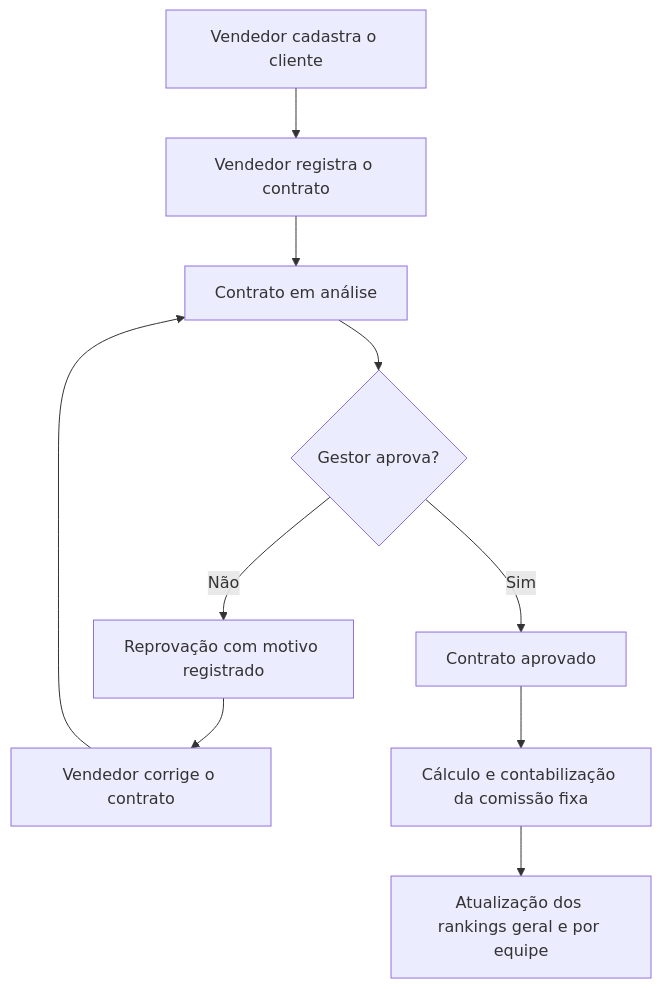
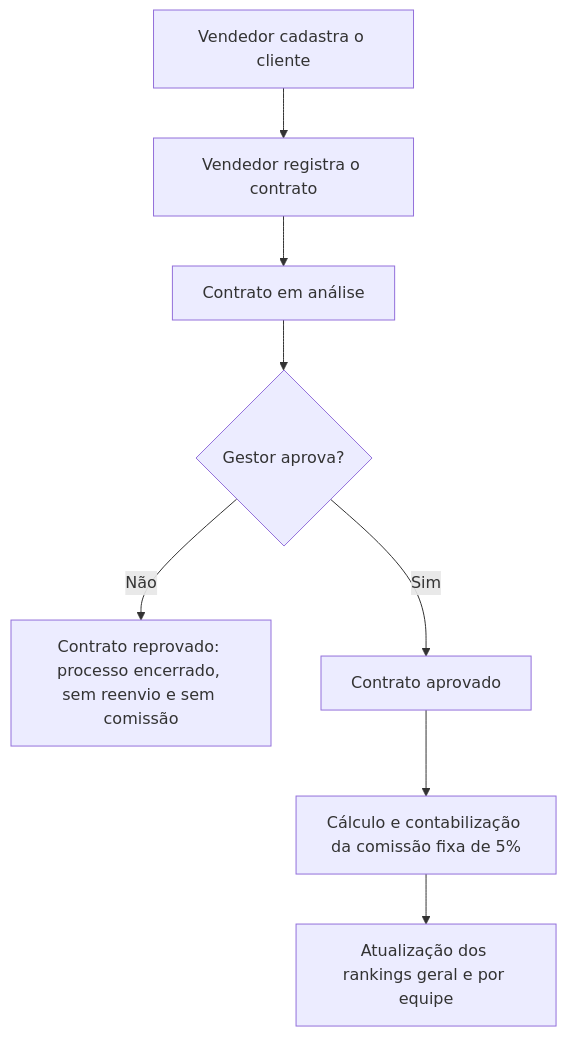
The diagram in README.md (KauanRodolfo/Pim-2-ADS), drawn with Mermaid before and after one commit. The commit also changed other lines of this file, not shown here.

Commit message:
Reformulei o README com detalhes sobre comissões e rankingss

````diff
--- a/README.md
+++ b/README.md
@@ -55,12 +55,10 @@
 ```mermaid
 flowchart TD
     A["Vendedor cadastra o cliente"] --> B["Vendedor registra o contrato"]
     B --> C["Contrato em análise"]
     C --> D{"Gestor aprova?"}
-    D -- "Não" --> E["Reprovação com motivo registrado"]
-    E --> F["Vendedor corrige o contrato"]
-    F --> C
+    D -- "Não" --> E["Contrato reprovado: processo encerrado, sem reenvio e sem comissão"]
     D -- "Sim" --> G["Contrato aprovado"]
-    G --> H["Cálculo e contabilização da comissão fixa"]
+    G --> H["Cálculo e contabilização da comissão fixa de 5%"]
     H --> I["Atualização dos rankings geral e por equipe"]
 ```
````
